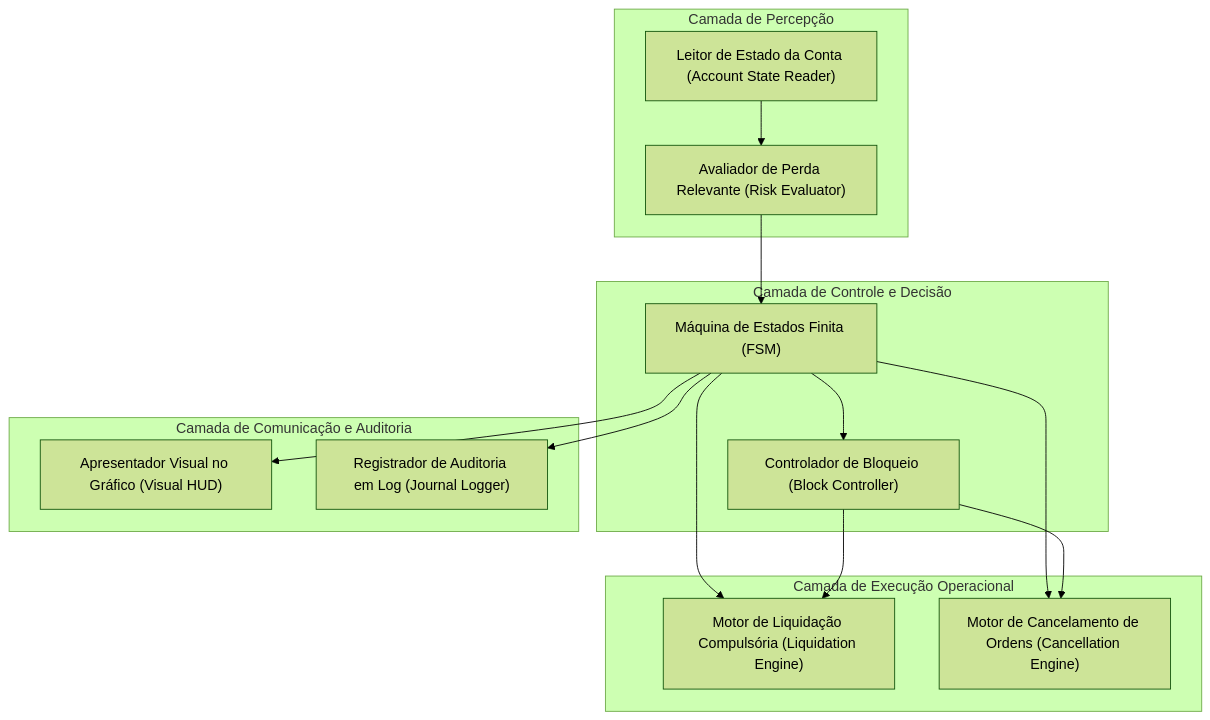
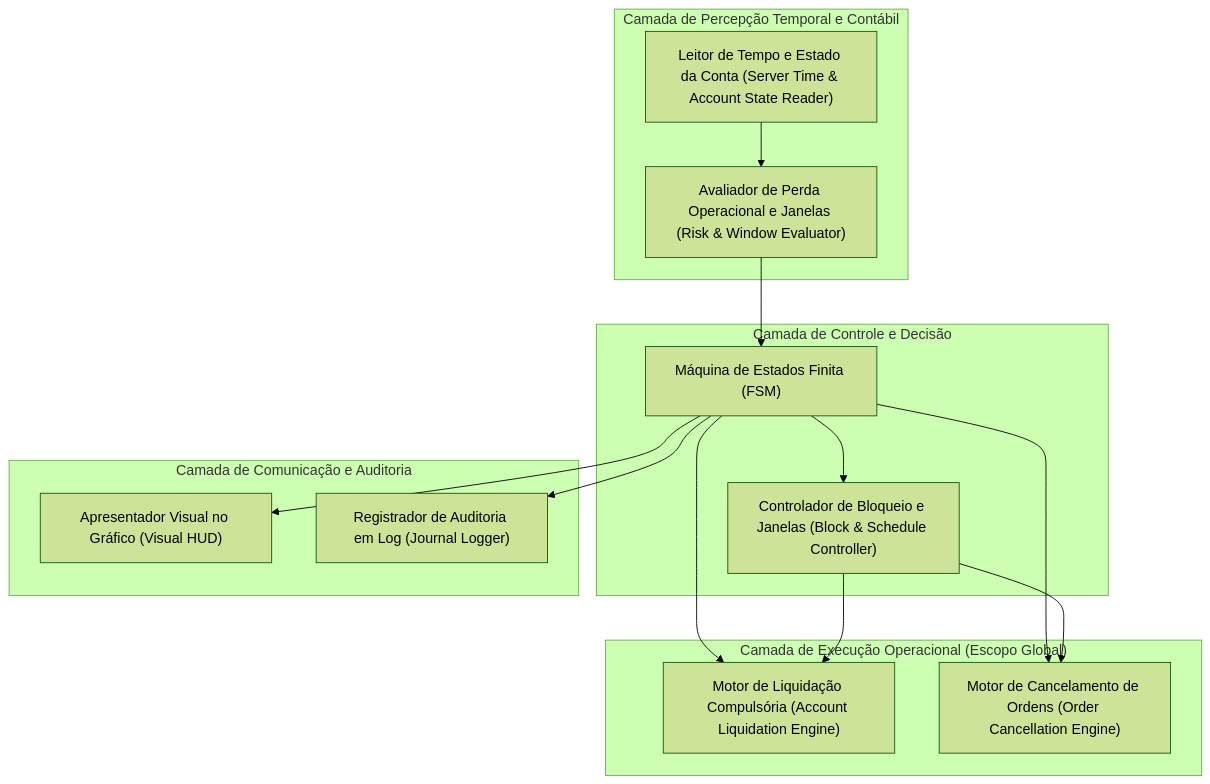
Before and after one commit to hallanbrito/eddytrader: the first of 2 diagrams in docs/06-ARQUITETURA-CONCEITUAL.md, drawn with Mermaid (forest theme). The commit also changed other lines of this file and 12 other files, not shown here.

Commit message:
docs: finalize EddyTrader W02 temporal and risk rules

````diff
--- a/docs/06-ARQUITETURA-CONCEITUAL.md
+++ b/docs/06-ARQUITETURA-CONCEITUAL.md
@@ -21,32 +22,32 @@
 ```mermaid
 graph TD
-    subgraph "Camada de Percepção"
-        A["Leitor de Estado da Conta (Account State Reader)"]
-        B["Avaliador de Perda Relevante (Risk Evaluator)"]
+    subgraph "Camada de Percepção Temporal e Contábil"
+        A["Leitor de Tempo e Estado da Conta (Server Time & Account State Reader)"]
+        B["Avaliador de Perda Operacional e Janelas (Risk & Window Evaluator)"]
     end
 
     subgraph "Camada de Controle e Decisão"
         C["Máquina de Estados Finita (FSM)"]
-        D["Controlador de Bloqueio (Block Controller)"]
+        D["Controlador de Bloqueio e Janelas (Block & Schedule Controller)"]
     end
 
-    subgraph "Camada de Execução Operacional"
-        E["Motor de Liquidação Compulsória (Liquidation Engine)"]
-        F["Motor de Cancelamento de Ordens (Cancellation Engine)"]
+    subgraph "Camada de Execução Operacional (Escopo Global)"
+        E["Motor de Liquidação Compulsória (Account Liquidation Engine)"]
+        F["Motor de Cancelamento de Ordens (Order Cancellation Engine)"]
     end
 
     subgraph "Camada de Comunicação e Auditoria"
         G["Apresentador Visual no Gráfico (Visual HUD)"]
         H["Registrador de Auditoria em Log (Journal Logger)"]
     end
 
     A --> B
     B --> C
     C --> D
     C --> E
     C --> F
     C --> G
     C --> H
     D --> E
     D --> F
 ```
````
